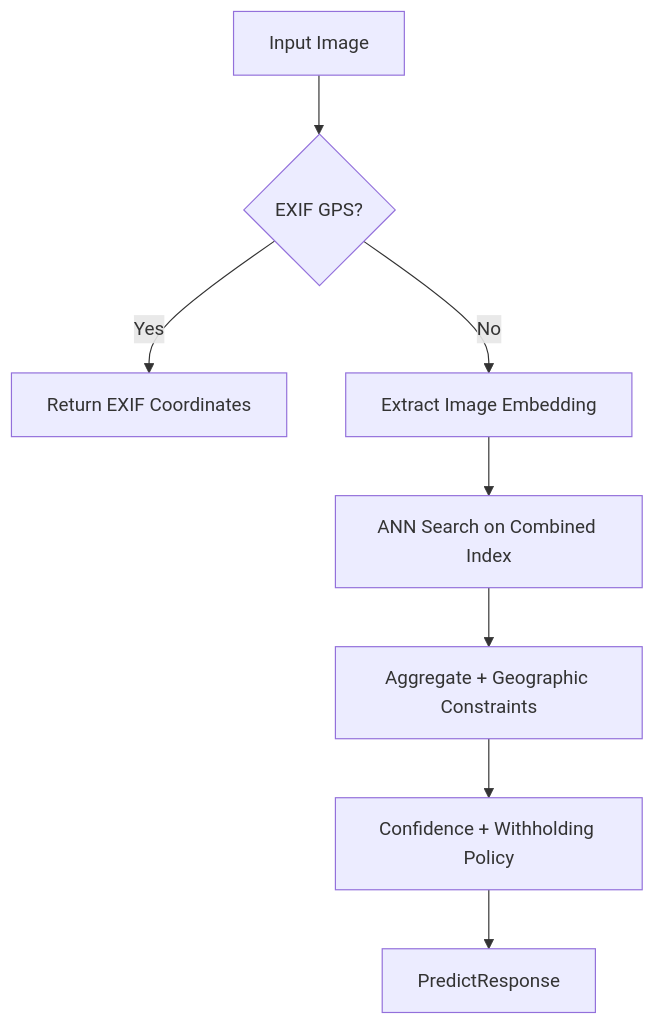
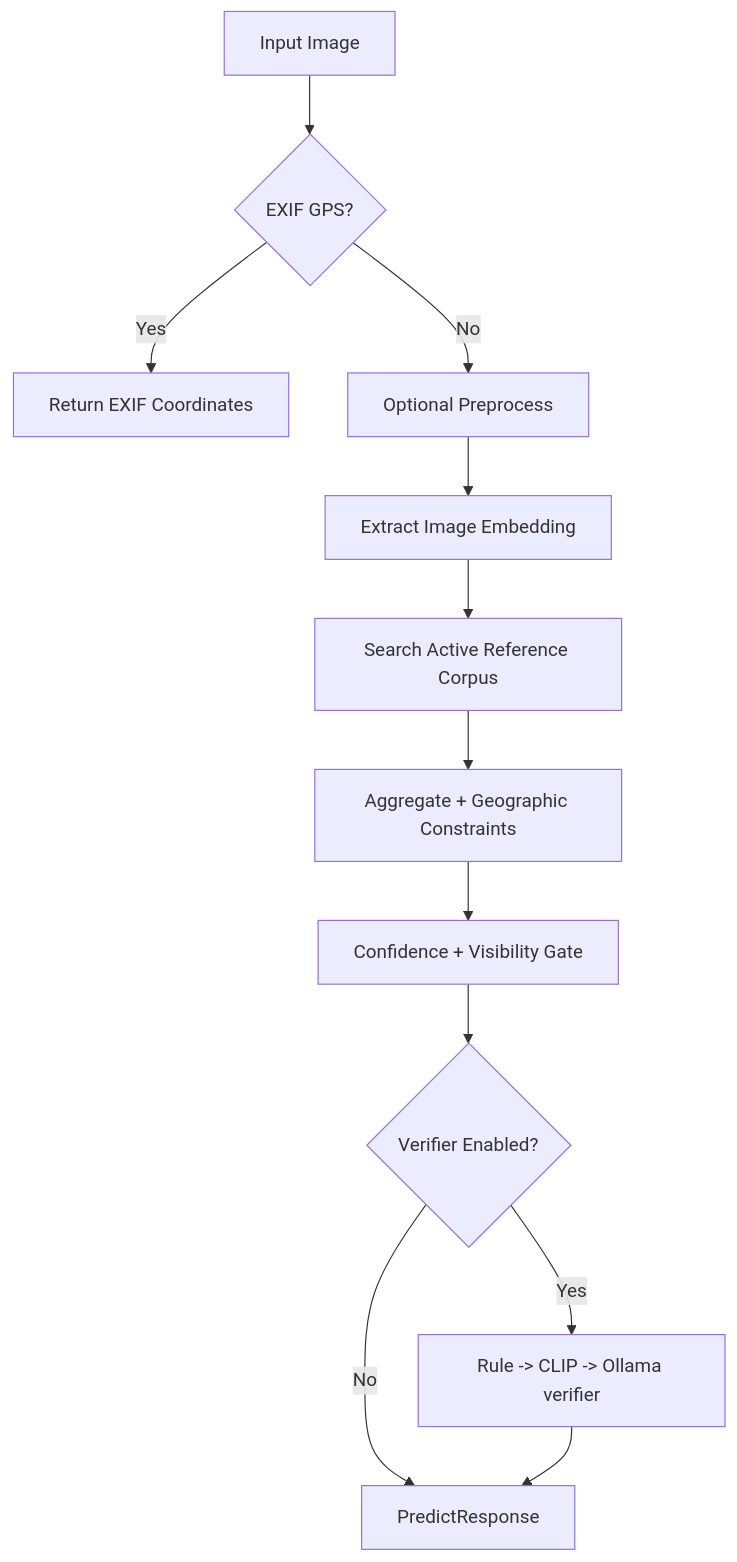
One commit to AngelP17/geowraith changed the diagram in ARCHITECTURE.md. Above: the diagram before and after it, drawn with Mermaid. The commit also changed other lines of this file and 103 other files, not shown here.

````diff
--- a/ARCHITECTURE.md
+++ b/ARCHITECTURE.md
@@ -15,10 +15,14 @@
 ```mermaid
 flowchart TB
     A[Input Image] --> B{EXIF GPS?}
     B -->|Yes| C[Return EXIF Coordinates]
-    B -->|No| D[Extract Image Embedding]
-    D --> E[ANN Search on Combined Index]
-    E --> F[Aggregate + Geographic Constraints]
-    F --> G[Confidence + Withholding Policy]
-    G --> H[PredictResponse]
+    B -->|No| D[Optional Preprocess]
+    D --> E[Extract Image Embedding]
+    E --> F[Search Active Reference Corpus]
+    F --> G[Aggregate + Geographic Constraints]
+    G --> H[Confidence + Visibility Gate]
+    H --> I{Verifier Enabled?}
+    I -->|No| J[PredictResponse]
+    I -->|Yes| K[Rule -> CLIP -> Ollama verifier]
+    K --> J
 ```
````
